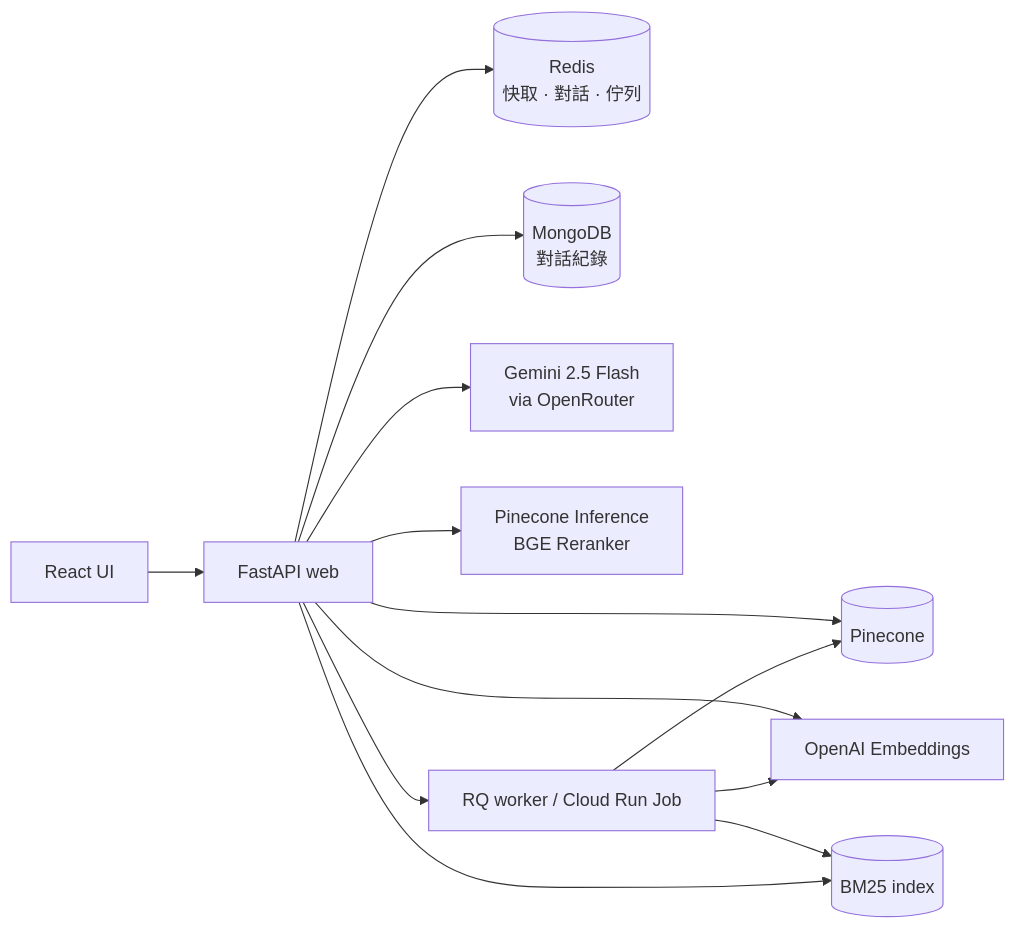
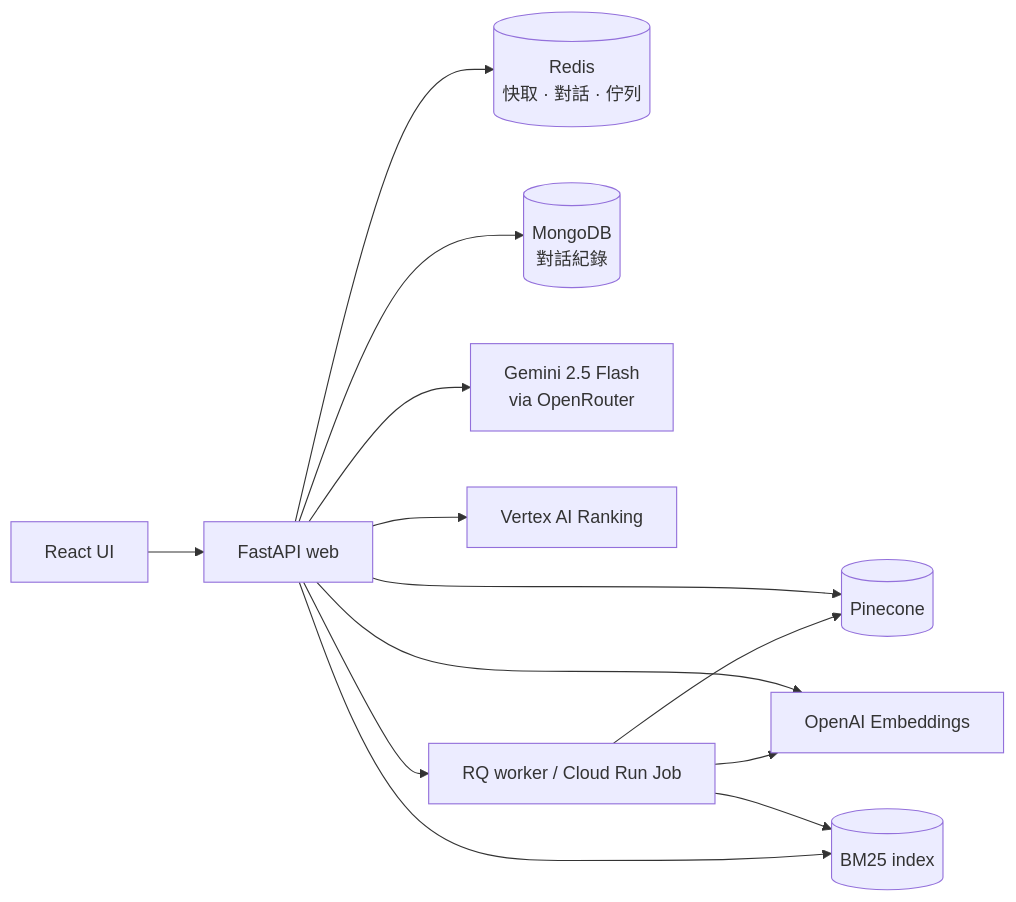
The diagram in README.md (albertkingdom/rag-chatbot-demo), drawn with Mermaid before and after one commit. The commit also changed other lines of this file and 8 other files, not shown here.

First line of the commit message:
docs: document the Vertex reranker and its evaluation

````diff
--- a/README.md
+++ b/README.md
@@ -28,15 +28,15 @@
 ```mermaid
 flowchart LR
     UI[React UI] --> Web[FastAPI web]
     Web --> Redis[(Redis<br/>快取 · 對話 · 佇列)]
     Web --> Mongo[(MongoDB<br/>對話紀錄)]
     Web --> Pinecone[(Pinecone)]
     Web --> LLM[Gemini 2.5 Flash<br/>via OpenRouter]
-    Web --> Rerank[Pinecone Inference<br/>BGE Reranker]
+    Web --> Rerank[Vertex AI Ranking]
     Web --> Emb[OpenAI Embeddings]
     Web --> Job[RQ worker / Cloud Run Job]
     Job --> Emb
     Job --> Pinecone
     Job --> BM25[(BM25 index)]
     Web --> BM25
 ```
````
